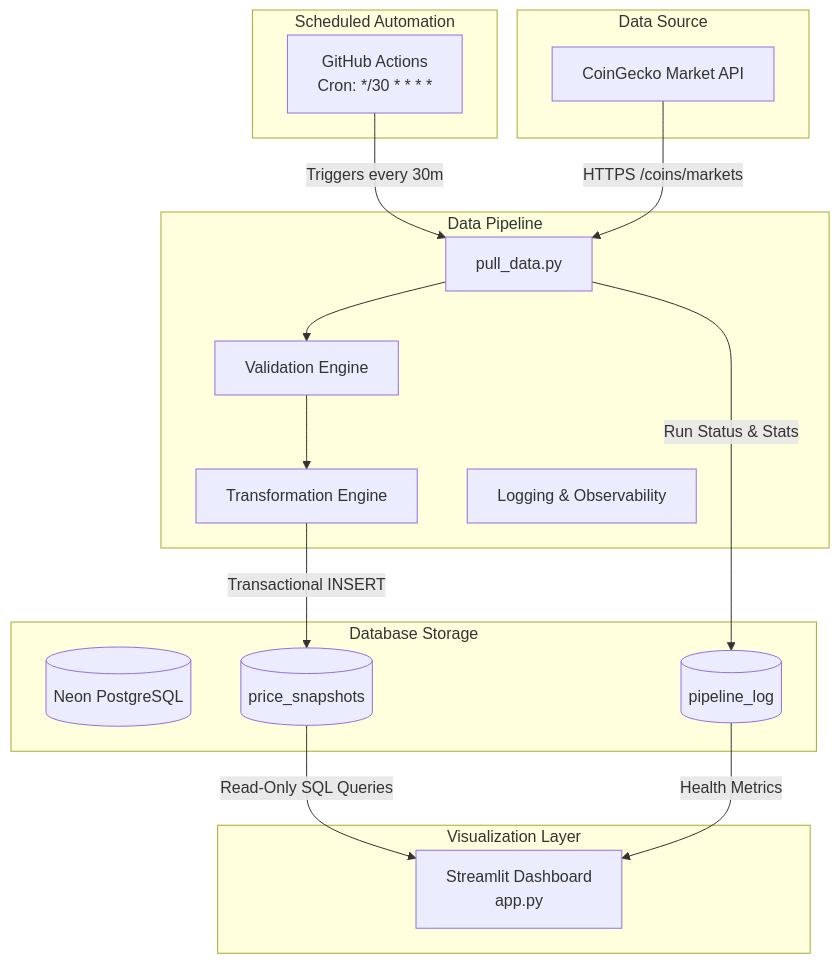
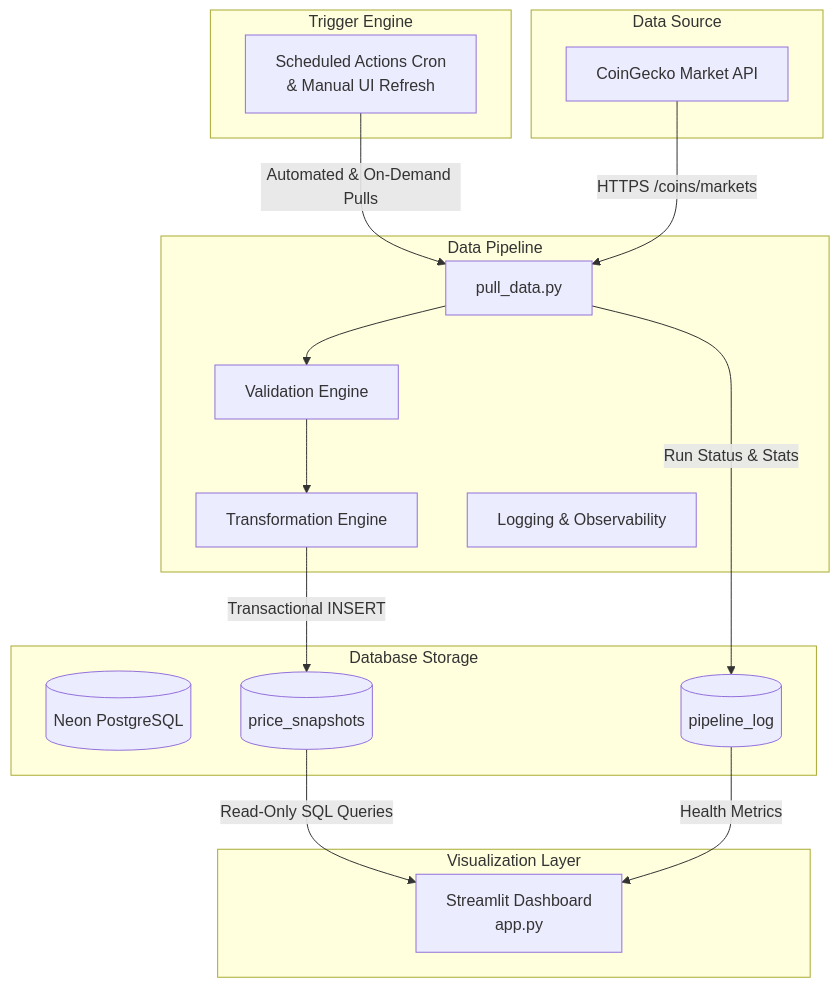
The diagram in README.md (nelyviradiya1234/crypto-market-pipeline), drawn with Mermaid before and after one commit. The commit also changed other lines of this file and 1 other file, not shown here.

Commit message:
docs: Update README and footer to clarify GitHub Actions free-tier cron constraints and manual UI refresh capability

````diff
--- a/README.md
+++ b/README.md
@@ -18,36 +18,36 @@
 ```mermaid
 flowchart TD
     subgraph Data Source
         A[CoinGecko Market API]
     end
 
-    subgraph Scheduled Automation
-        B[GitHub Actions<br/>Cron: */30 * * * *]
+    subgraph Trigger Engine
+        B[Scheduled Actions Cron<br/>& Manual UI Refresh]
     end
 
     subgraph Data Pipeline
         C[pull_data.py]
         D[Validation Engine]
         E[Transformation Engine]
         F[Logging & Observability]
     end
 
     subgraph Database Storage
         G[(Neon PostgreSQL)]
         H[(price_snapshots)]
         I[(pipeline_log)]
     end
 
     subgraph Visualization Layer
         J[Streamlit Dashboard<br/>app.py]
     end
 
-    B -->|Triggers every 30m| C
+    B -->|Automated & On-Demand Pulls| C
     A -->|HTTPS /coins/markets| C
     C --> D
     D --> E
     E -->|Transactional INSERT| H
     C -->|Run Status & Stats| I
     H -->|Read-Only SQL Queries| J
     I -->|Health Metrics| J
 ```
````
